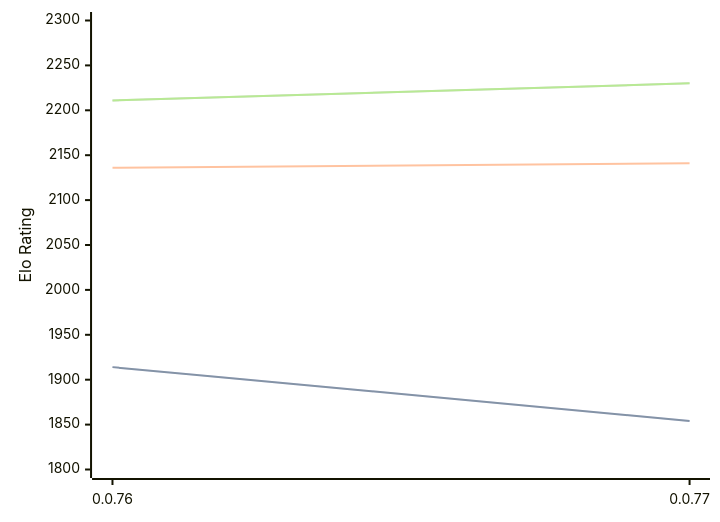
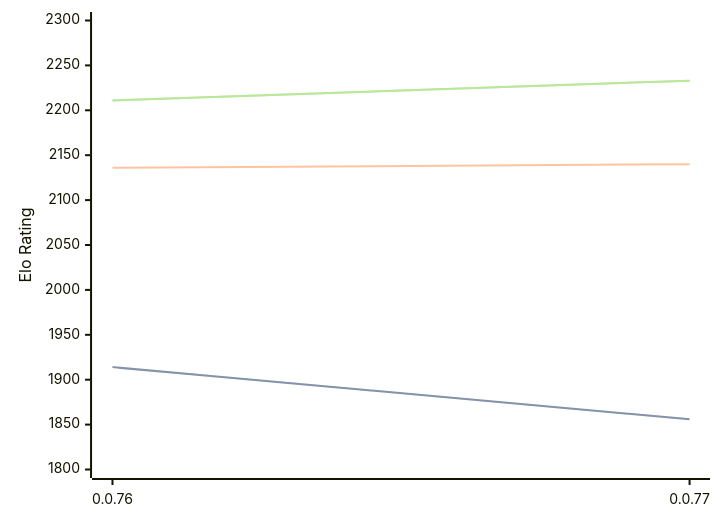
The diagram in engines/Fktb.md (computer-chess-index/cci), drawn with Mermaid before and after one commit. The commit also changed other lines of this file, not shown here.

Commit message:
Update CCI Ratings (ELO VLTC) - 2026-09-01

````diff
--- a/engines/Fktb.md
+++ b/engines/Fktb.md
@@ -32,11 +32,11 @@
 ```mermaid
 %%{init: {"theme":"base","themeVariables":{"seriesColors:['#a3a3a3','#222221','#faa371']}}}%%
 xychart-beta
   x-axis ["0.0.76", "0.0.77"]
   y-axis "Elo Rating" 1800 --> 2300
-  line "" [1914, 1854]
-  line "STC (8.0+0.08s)" [1914, 1854]
-  line "LTC (60.0+0.60s)" [2136, 2141]
-  line "" [2211, 2230]
-  line "VLTC (2m24s+1.12s)" [2211, 2230]
+  line "" [1914, 1856]
+  line "STC (8.0+0.08s)" [1914, 1856]
+  line "LTC (60.0+0.60s)" [2136, 2140]
+  line "" [2211, 2233]
+  line "VLTC (2m24s+1.12s)" [2211, 2233]
 ```
````
